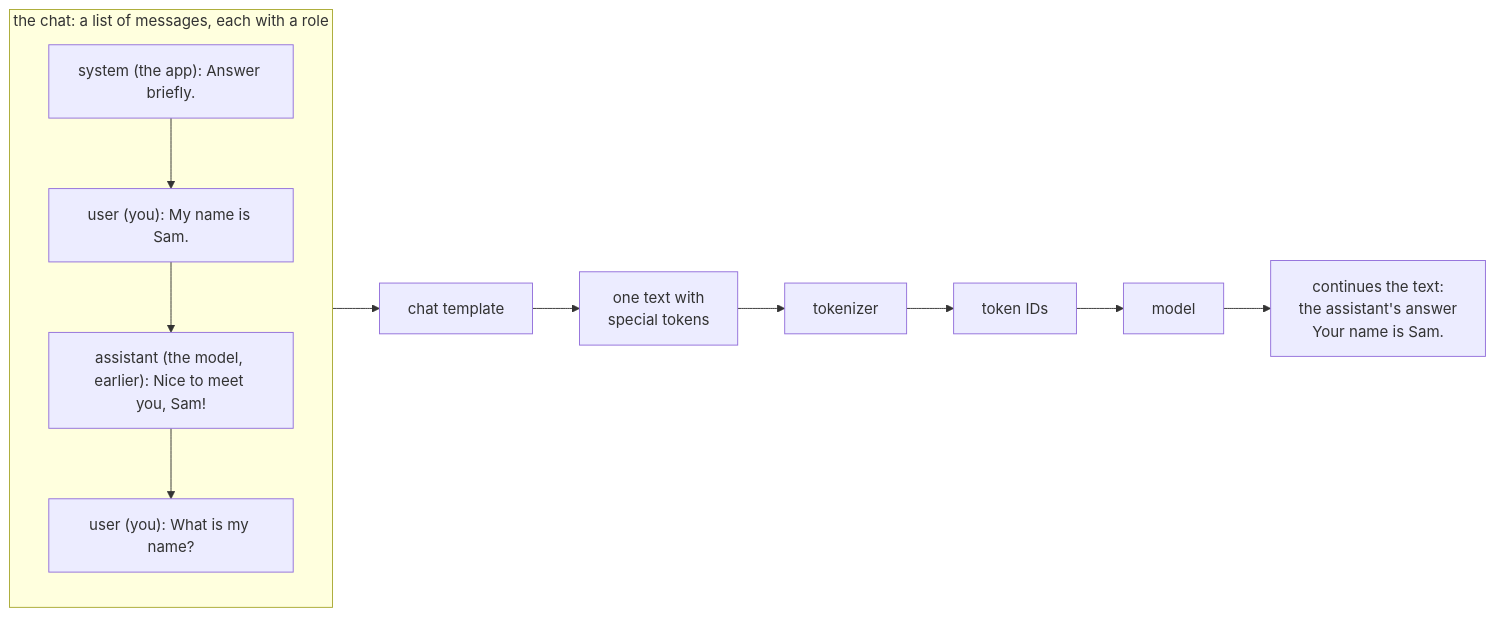
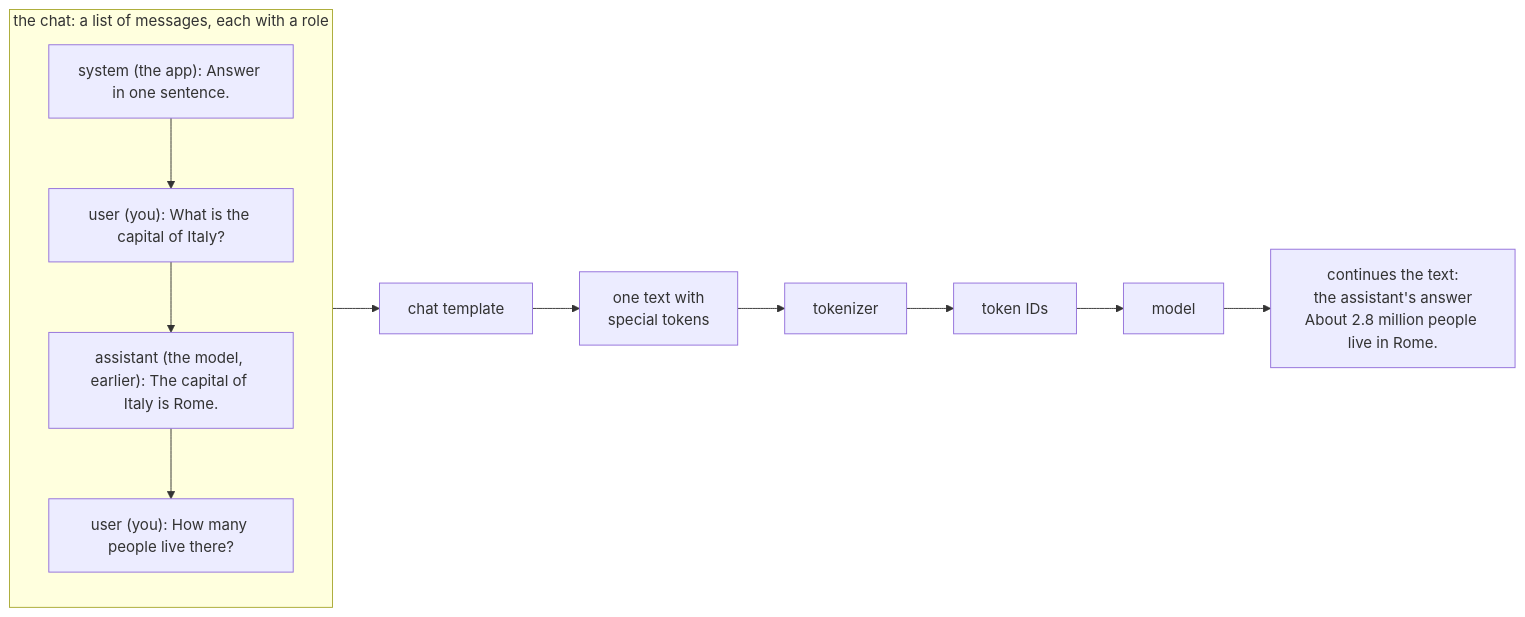
Before and after one commit to samuponz/llm-playground: the diagram in docs/05-chat-templates.md, drawn with Mermaid. The commit also changed other lines of this file, not shown here.

Commit message:
Use a follow-up question in the chat template diagram

````diff
--- a/docs/05-chat-templates.md
+++ b/docs/05-chat-templates.md
@@ -7,15 +7,15 @@
 ```mermaid
 flowchart LR
     subgraph M["the chat: a list of messages, each with a role"]
         direction TB
-        S["system (the app): Answer briefly."]
-        U1["user (you): My name is Sam."]
-        A1["assistant (the model, earlier): Nice to meet you, Sam!"]
-        U2["user (you): What is my name?"]
+        S["system (the app): Answer in one sentence."]
+        U1["user (you): What is the capital of Italy?"]
+        A1["assistant (the model, earlier): The capital of Italy is Rome."]
+        U2["user (you): How many people live there?"]
         S --> U1 --> A1 --> U2
     end
     M --> T[chat template]
     T --> X["one text with<br/>special tokens"]
     X --> K[tokenizer] --> I[token IDs] --> L[model]
-    L --> A["continues the text:<br/>the assistant's answer<br/>Your name is Sam."]
+    L --> A["continues the text:<br/>the assistant's answer<br/>About 2.8 million people live in Rome."]
 ```
````
